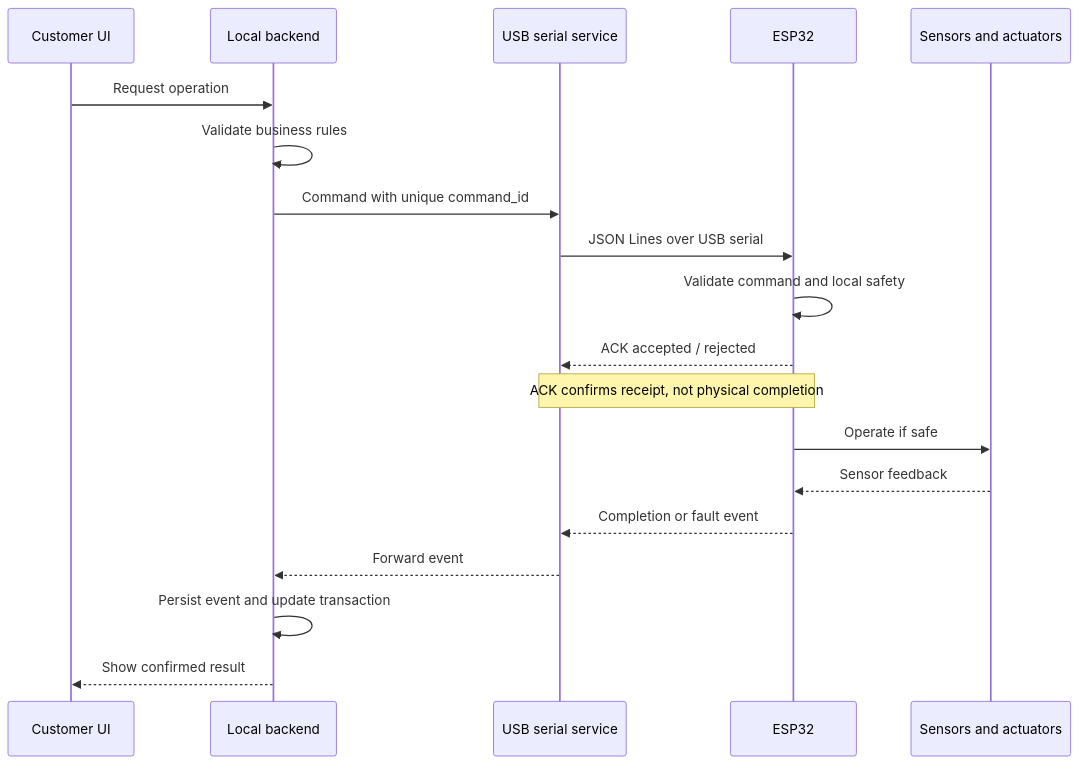
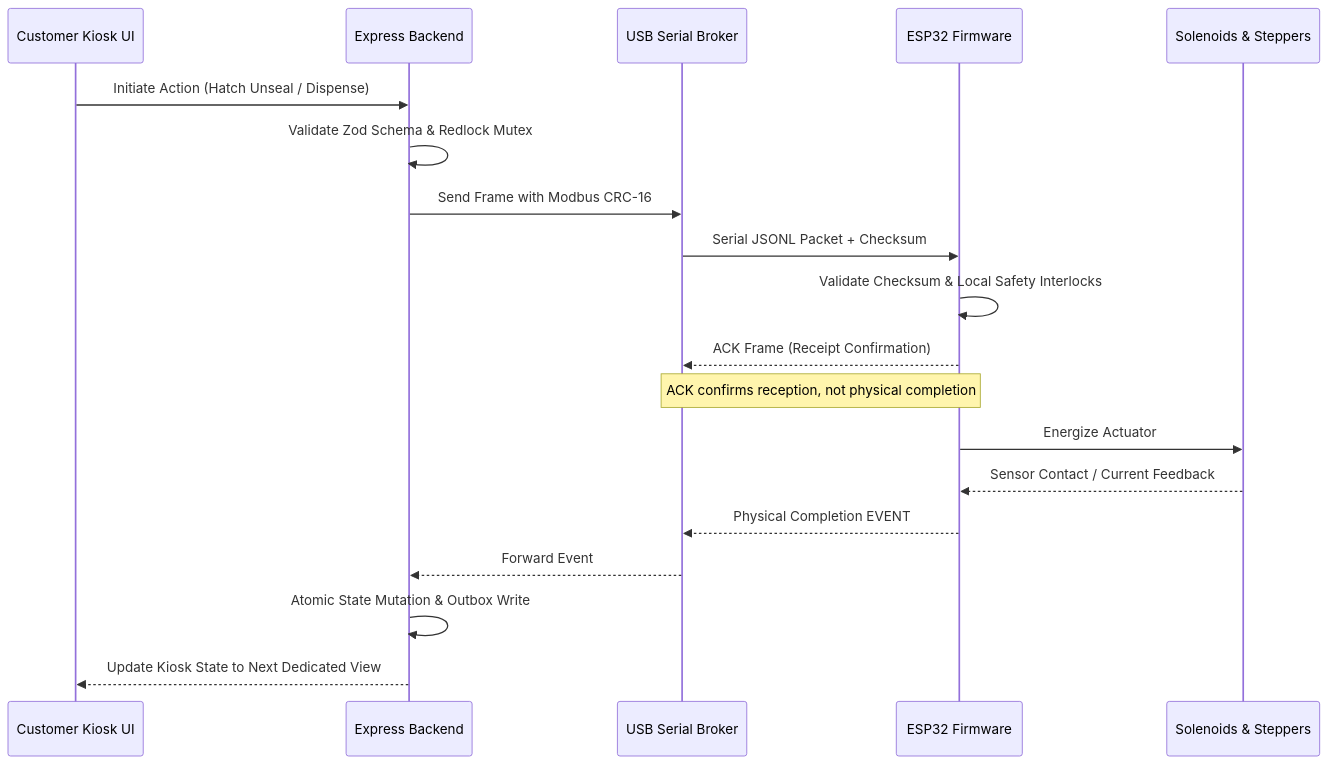
One commit to aswanayyappan/tech-farm-vending-machine changed the sixth of 10 diagrams in SDDS_V5_Documents/SDDS_V5_Product_Requirements_Document.md. Above: the diagram before and after it, drawn with Mermaid. The commit also changed other lines of this file and 2 other files, not shown here.

Commit message:
docs: synchronize SDDS V5 PRD and Plan of Action with current web architecture

````diff
--- a/SDDS_V5_Documents/SDDS_V5_Product_Requirements_Document.md
+++ b/SDDS_V5_Documents/SDDS_V5_Product_Requirements_Document.md
@@ -781,21 +799,21 @@
 ```mermaid
 sequenceDiagram
-    participant UI as Customer UI
-    participant BE as Local backend
-    participant DS as USB serial service
-    participant ESP as ESP32
-    participant HW as Sensors and actuators
-    UI->>BE: Request operation
-    BE->>BE: Validate business rules
-    BE->>DS: Command with unique command_id
-    DS->>ESP: JSON Lines over USB serial
-    ESP->>ESP: Validate command and local safety
-    ESP-->>DS: ACK accepted / rejected
-    Note over ESP,DS: ACK confirms receipt, not physical completion
-    ESP->>HW: Operate if safe
-    HW-->>ESP: Sensor feedback
-    ESP-->>DS: Completion or fault event
-    DS-->>BE: Forward event
-    BE->>BE: Persist event and update transaction
-    BE-->>UI: Show confirmed result
+    participant UI as Customer Kiosk UI
+    participant BE as Express Backend
+    participant DS as USB Serial Broker
+    participant ESP as ESP32 Firmware
+    participant HW as Solenoids & Steppers
+    UI->>BE: Initiate Action (Hatch Unseal / Dispense)
+    BE->>BE: Validate Zod Schema & Redlock Mutex
+    BE->>DS: Send Frame with Modbus CRC-16
+    DS->>ESP: Serial JSONL Packet + Checksum
+    ESP->>ESP: Validate Checksum & Local Safety Interlocks
+    ESP-->>DS: ACK Frame (Receipt Confirmation)
+    Note over ESP,DS: ACK confirms reception, not physical completion
+    ESP->>HW: Energize Actuator
+    HW-->>ESP: Sensor Contact / Current Feedback
+    ESP-->>DS: Physical Completion EVENT
+    DS-->>BE: Forward Event
+    BE->>BE: Atomic State Mutation & Outbox Write
+    BE-->>UI: Update Kiosk State to Next Dedicated View
 ```
````
